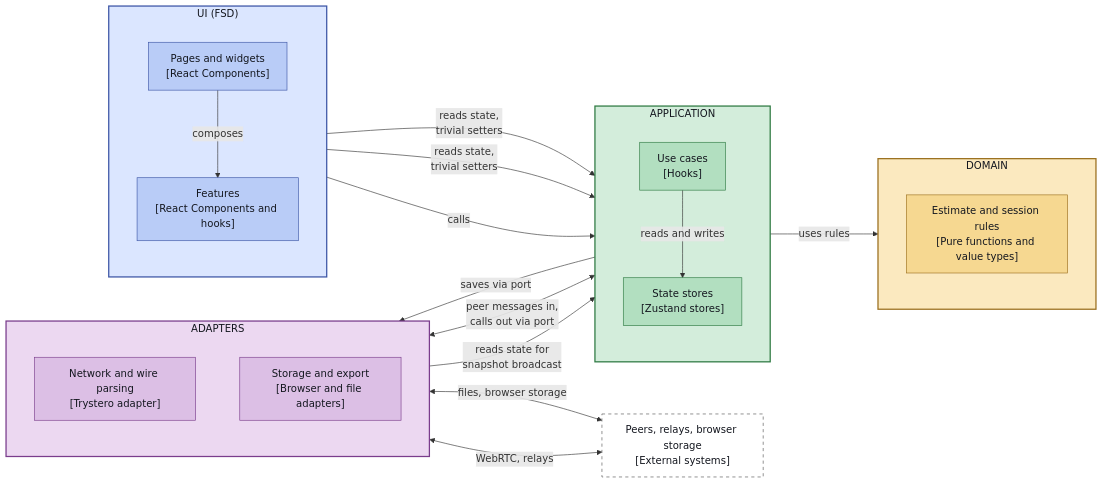
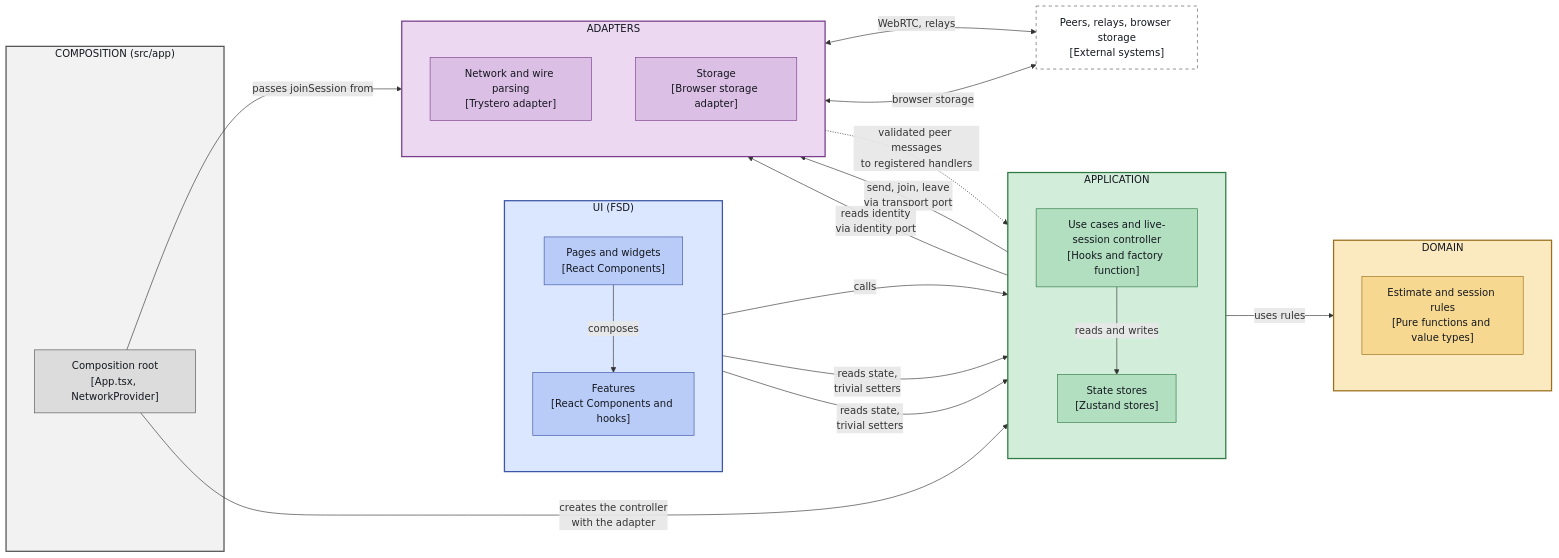
One commit to cfisch3r/estimate changed the third of 3 diagrams in docs/architecture.md. Above: the diagram before and after it, drawn with Mermaid. The commit also changed other lines of this file and 2 other files, not shown here.

Commit message:
docs: correct the building-block view and restore facts dropped from the old architecture doc

````diff
--- a/docs/architecture.md
+++ b/docs/architecture.md
@@ -132,48 +136,56 @@
 ```mermaid
 %%{init: {"flowchart": {"nodeSpacing": 70, "rankSpacing": 90, "padding": 14}}}%%
 flowchart LR
+  subgraph COMP["COMPOSITION (src/app)"]
+    Root["Composition root<br/>[App.tsx, NetworkProvider]"]
+  end
   subgraph UI["UI (FSD)"]
     direction TB
     Pages["Pages and widgets<br/>[React Components]"]
     Features["Features<br/>[React Components and hooks]"]
   end
   subgraph APP["APPLICATION"]
     direction TB
-    UseCases["Use cases<br/>[Hooks]"]
+    UseCases["Use cases and live-session controller<br/>[Hooks and factory function]"]
     Stores["State stores<br/>[Zustand stores]"]
   end
   subgraph AD["ADAPTERS"]
     direction TB
     Net["Network and wire parsing<br/>[Trystero adapter]"]
-    Store["Storage and export<br/>[Browser and file adapters]"]
+    Store["Storage<br/>[Browser storage adapter]"]
   end
   subgraph DOM["DOMAIN"]
     direction TB
     Core["Estimate and session rules<br/>[Pure functions and value types]"]
   end
   Ext["Peers, relays, browser storage<br/>[External systems]"]
+  Root -->|creates the controller<br/>with the adapter| UseCases
+  Root -->|passes joinSession from| Net
   Pages -->|composes| Features
   Features -->|calls| UseCases
   Pages & Features -->|reads state,<br/>trivial setters| Stores
   UseCases -->|uses rules| Core
   UseCases -->|reads and writes| Stores
-  UseCases <-->|peer messages in,<br/>calls out via port| Net
-  UseCases -->|saves via port| Store
-  Net -->|reads state for<br/>snapshot broadcast| Stores
+  UseCases -->|send, join, leave<br/>via transport port| Net
+  Net -.->|validated peer messages<br/>to registered handlers| UseCases
+  UseCases -->|reads identity<br/>via identity port| Store
   Net <-->|WebRTC, relays| Ext
-  Store <-->|files, browser storage| Ext
+  Store <-->|browser storage| Ext
+  style COMP fill:#f2f2f2,stroke:#555555,stroke-width:2px,color:#14171f
   style UI fill:#dbe6ff,stroke:#3d56a6,stroke-width:2px,color:#14171f
   style APP fill:#d3eddb,stroke:#2f7a43,stroke-width:2px,color:#14171f
   style DOM fill:#fbe9bf,stroke:#9a6f1e,stroke-width:2px,color:#14171f
   style AD fill:#ecd8f1,stroke:#7a3d8c,stroke-width:2px,color:#14171f
+  classDef comp fill:#dcdcdc,stroke:#555555,color:#14171f
   classDef ui fill:#b9ccf7,stroke:#3d56a6,color:#14171f
   classDef app fill:#b2dfc0,stroke:#2f7a43,color:#14171f
   classDef dom fill:#f6d891,stroke:#9a6f1e,color:#14171f
   classDef ad fill:#dcbfe5,stroke:#7a3d8c,color:#14171f
   classDef ext fill:#ffffff,stroke:#555555,color:#14171f,stroke-dasharray: 5 5
+  class Root comp
   class Pages,Features ui
   class UseCases,Stores app
   class Core dom
   class Net,Store ad
   class Ext ext
 ```
````
